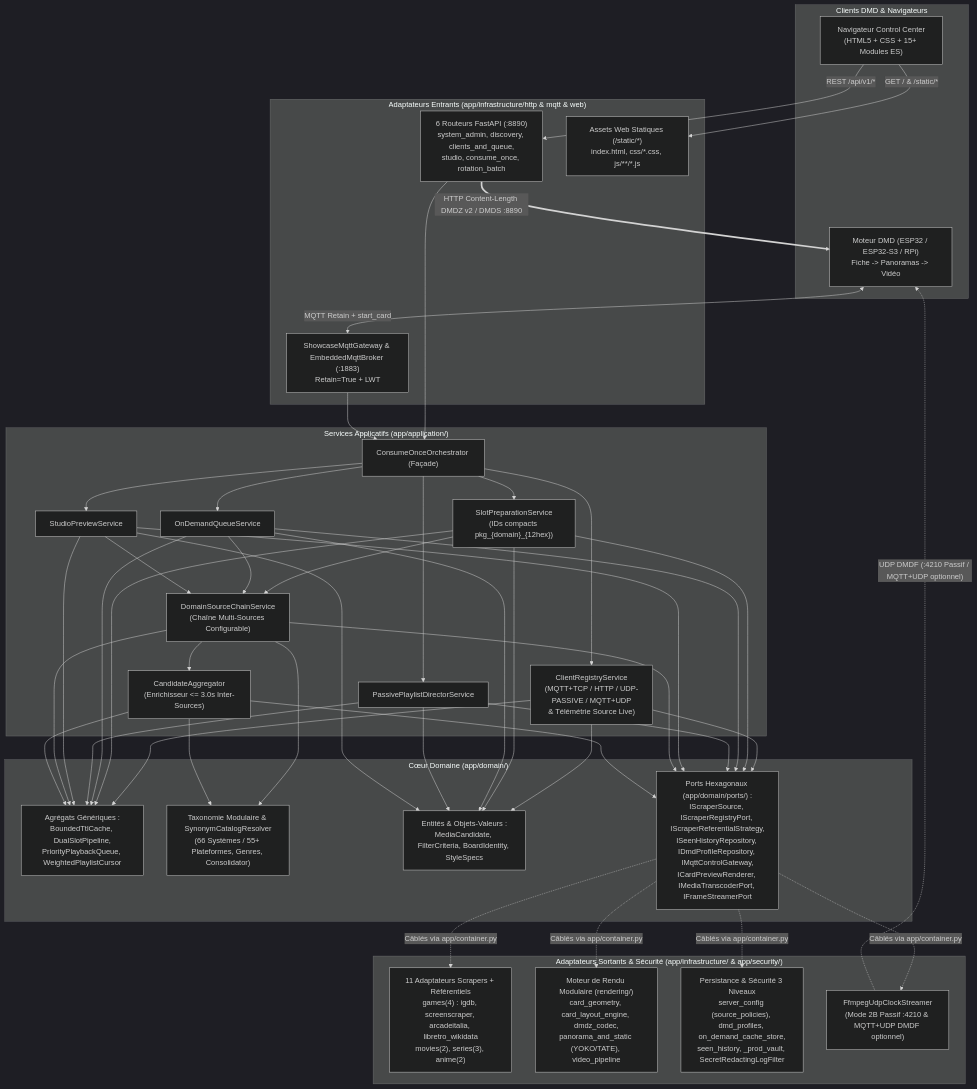
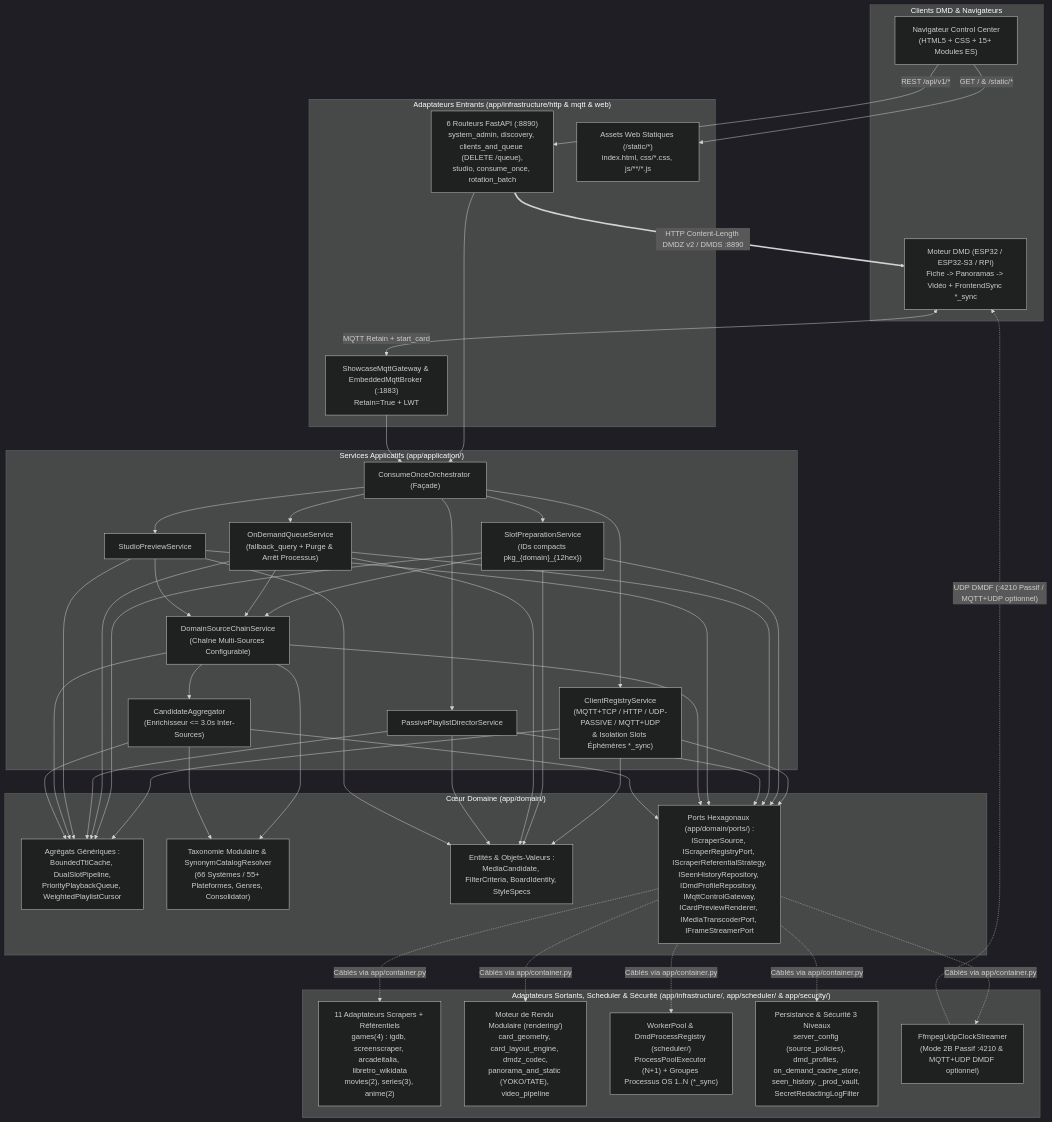
Before and after one commit to red77290/dmd_media_showcase: the first of 2 diagrams in docs/ARCHITECTURE_FR.md, drawn with Mermaid (dark theme). The commit also changed other lines of this file and 17 other files, not shown here.

Commit message:
docs(frontend-sync): document per-DMD conversion process abort protocol, diagrams, and examples

````diff
--- a/docs/ARCHITECTURE_FR.md
+++ b/docs/ARCHITECTURE_FR.md
@@ -18,52 +18,53 @@
 ```mermaid
 flowchart TD
     subgraph DMD["Clients DMD & Navigateurs"]
         BROWSER["Navigateur Control Center\n(HTML5 + CSS + 15+ Modules ES)"]
-        ENG["Moteur DMD (ESP32 / ESP32-S3 / RPi)\nFiche -> Panoramas -> Vidéo"]
+        ENG["Moteur DMD (ESP32 / ESP32-S3 / RPi)\nFiche -> Panoramas -> Vidéo + FrontendSync *_sync"]
     end
 
     subgraph INFRA_IN["Adaptateurs Entrants (app/infrastructure/http & mqtt & web)"]
-        ROUTERS["6 Routeurs FastAPI (:8890)\nsystem_admin, discovery, clients_and_queue,\nstudio, consume_once, rotation_batch"]
+        ROUTERS["6 Routeurs FastAPI (:8890)\nsystem_admin, discovery, clients_and_queue (DELETE /queue),\nstudio, consume_once, rotation_batch"]
         STATIC["Assets Web Statiques (/static/*)\nindex.html, css/*.css, js/**/*.js"]
         MQTT["ShowcaseMqttGateway & EmbeddedMqttBroker (:1883)\nRetain=True + LWT"]
     end
 
     subgraph APP["Services Applicatifs (app/application/)"]
         ORCH["ConsumeOnceOrchestrator (Façade)"]
-        REG_SVC["ClientRegistryService\n(MQTT+TCP / HTTP / UDP-PASSIVE / MQTT+UDP\n& Télémétrie Source Live)"]
+        REG_SVC["ClientRegistryService\n(MQTT+TCP / HTTP / UDP-PASSIVE / MQTT+UDP\n& Isolation Slots Éphémères *_sync)"]
         PREP_SVC["SlotPreparationService\n(IDs compacts pkg_{domain}_{12hex})"]
-        QUEUE_SVC["OnDemandQueueService"]
+        QUEUE_SVC["OnDemandQueueService\n(fallback_query + Purge & Arrêt Processus)"]
         DIR_SVC["PassivePlaylistDirectorService"]
         STUDIO_SVC["StudioPreviewService"]
         CHAIN["DomainSourceChainService\n(Chaîne Multi-Sources Configurable)"]
         AGG_SVC["CandidateAggregator\n(Enrichisseur <= 3.0s Inter-Sources)"]
     end
 
     subgraph DOMAIN["Cœur Domaine (app/domain/)"]
         AGG["Agrégats Génériques :\nBoundedTtlCache, DualSlotPipeline,\nPriorityPlaybackQueue, WeightedPlaylistCursor"]
         TAX["Taxonomie Modulaire & SynonymCatalogResolver\n(66 Systèmes / 55+ Plateformes, Genres, Consolidator)"]
         VO["Entités & Objets-Valeurs :\nMediaCandidate, FilterCriteria, BoardIdentity, StyleSpecs"]
         PORTS["Ports Hexagonaux (app/domain/ports/) :\nIScraperSource, IScraperRegistryPort, IScraperReferentialStrategy,\nISeenHistoryRepository, IDmdProfileRepository, IMqttControlGateway,\nICardPreviewRenderer, IMediaTranscoderPort, IFrameStreamerPort"]
     end
 
-    subgraph INFRA_OUT["Adaptateurs Sortants & Sécurité (app/infrastructure/ & app/security/)"]
+    subgraph INFRA_OUT["Adaptateurs Sortants, Scheduler & Sécurité (app/infrastructure/, app/scheduler/ & app/security/)"]
         SCRAPERS["11 Adaptateurs Scrapers + Référentiels\ngames(4) : igdb, screenscraper, arcadeitalia, libretro_wikidata\nmovies(2), series(3), anime(2)"]
         RENDER["Moteur de Rendu Modulaire (rendering/)\ncard_geometry, card_layout_engine, dmdz_codec,\npanorama_and_static (YOKO/TATE), video_pipeline"]
+        SCHED["WorkerPool & DmdProcessRegistry (scheduler/)\nProcessPoolExecutor (N+1) + Groupes Processus OS 1..N (*_sync)"]
         PERSIST["Persistance & Sécurité 3 Niveaux\nserver_config (source_policies), dmd_profiles, on_demand_cache_store,\nseen_history, _prod_vault, SecretRedactingLogFilter"]
         UDP["FfmpegUdpClockStreamer\n(Mode 2B Passif :4210 & MQTT+UDP DMDF optionnel)"]
     end
 
     BROWSER -->|"GET / & /static/*"| STATIC
     BROWSER -->|"REST /api/v1/*"| ROUTERS
     ENG <-->|"MQTT Retain + start_card"| MQTT
     ROUTERS ==>|"HTTP Content-Length DMDZ v2 / DMDS :8890"| ENG
     ROUTERS --> ORCH
     MQTT --> ORCH
     ORCH --> REG_SVC & PREP_SVC & QUEUE_SVC & DIR_SVC & STUDIO_SVC
     PREP_SVC & QUEUE_SVC & STUDIO_SVC --> CHAIN
     CHAIN --> AGG_SVC
     REG_SVC & PREP_SVC & QUEUE_SVC & DIR_SVC & STUDIO_SVC --> AGG & VO & PORTS
     CHAIN & AGG_SVC --> TAX & AGG & PORTS
-    PORTS -.->|"Câblés via app/container.py"| SCRAPERS & RENDER & PERSIST & UDP
+    PORTS -.->|"Câblés via app/container.py"| SCRAPERS & RENDER & SCHED & PERSIST & UDP
     UDP -.->|"UDP DMDF (:4210 Passif / MQTT+UDP optionnel)"| ENG
 ```
````
